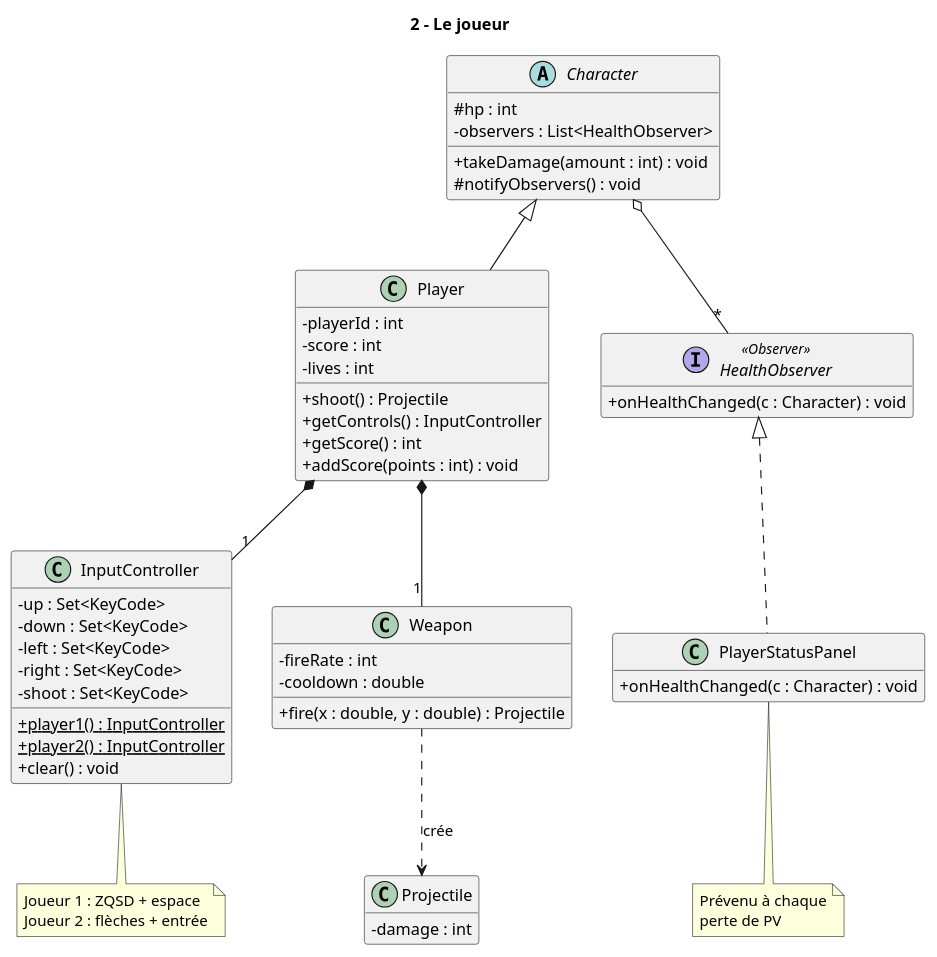
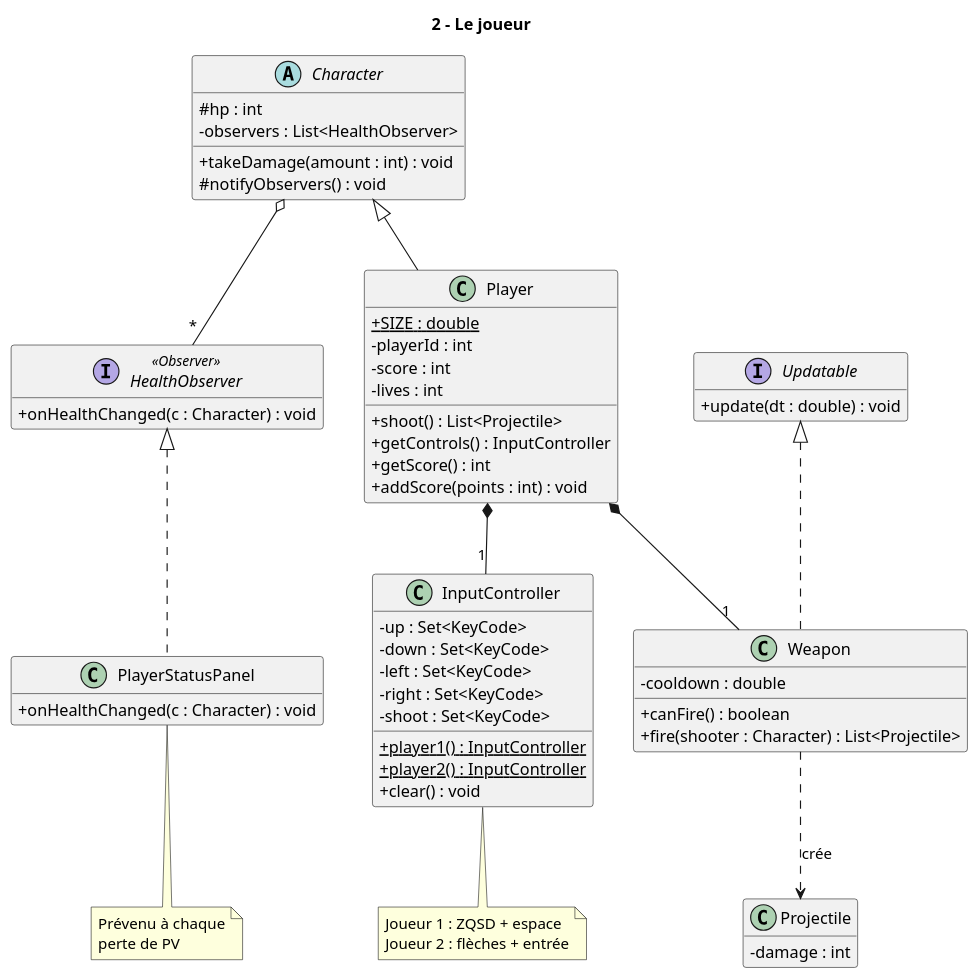
Before and after one commit to MeghCH/2d-Game-Natural-Fatal-IA: the diagram in Docs/Diagrammes/2_joueur.puml, drawn with PlantUML. The commit also changed 2 other files, not shown here.

Commit message:
docs(uml): add Projectile and Weapon to diagrams

```diff
--- a/Docs/Diagrammes/2_joueur.puml
+++ b/Docs/Diagrammes/2_joueur.puml
@@ -1,71 +1,77 @@
 @startuml 2_joueur
 title 2 - Le joueur
 
 skinparam classAttributeIconSize 0
 skinparam shadowing false
 hide empty members
 
 abstract class Character {
   # hp : int
   - observers : List<HealthObserver>
   + takeDamage(amount : int) : void
   # notifyObservers() : void
 }
 
 class Player {
+  + {static} SIZE : double
   - playerId : int
   - score : int
   - lives : int
-  + shoot() : Projectile
+  + shoot() : List<Projectile>
   + getControls() : InputController
   + getScore() : int
   + addScore(points : int) : void
 }
 
 class InputController {
   - up : Set<KeyCode>
   - down : Set<KeyCode>
   - left : Set<KeyCode>
   - right : Set<KeyCode>
   - shoot : Set<KeyCode>
   + {static} player1() : InputController
   + {static} player2() : InputController
   + clear() : void
 }
 
+interface Updatable {
+  + update(dt : double) : void
+}
+
 class Weapon {
-  - fireRate : int
   - cooldown : double
-  + fire(x : double, y : double) : Projectile
+  + canFire() : boolean
+  + fire(shooter : Character) : List<Projectile>
 }
 
 class Projectile {
   - damage : int
 }
 
 interface HealthObserver <<Observer>> {
   + onHealthChanged(c : Character) : void
 }
 
 class PlayerStatusPanel {
   + onHealthChanged(c : Character) : void
 }
 
 Character <|-- Player
 Player *-- "1" InputController
 Player *-- "1" Weapon
 Weapon ..> Projectile : crée
+Updatable <|.. Weapon
 Character o-- "*" HealthObserver
 HealthObserver <|.. PlayerStatusPanel
 
 note bottom of InputController
   Joueur 1 : ZQSD + espace
   Joueur 2 : flèches + entrée
 end note
 
 note bottom of PlayerStatusPanel
   Prévenu à chaque
   perte de PV
 end note
 
 @enduml
```
